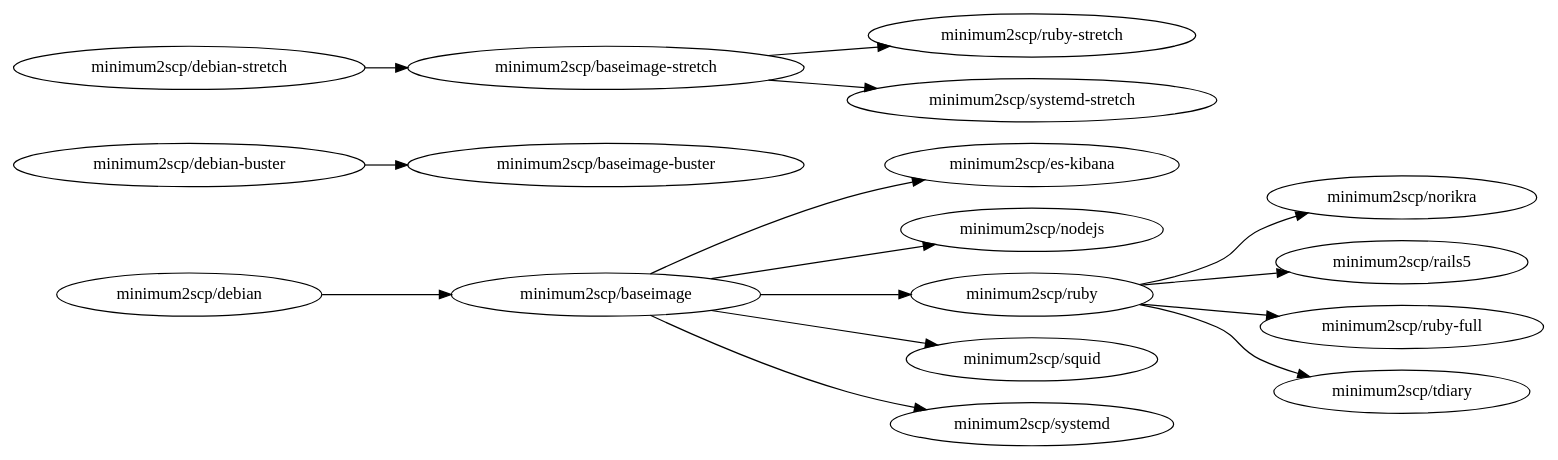
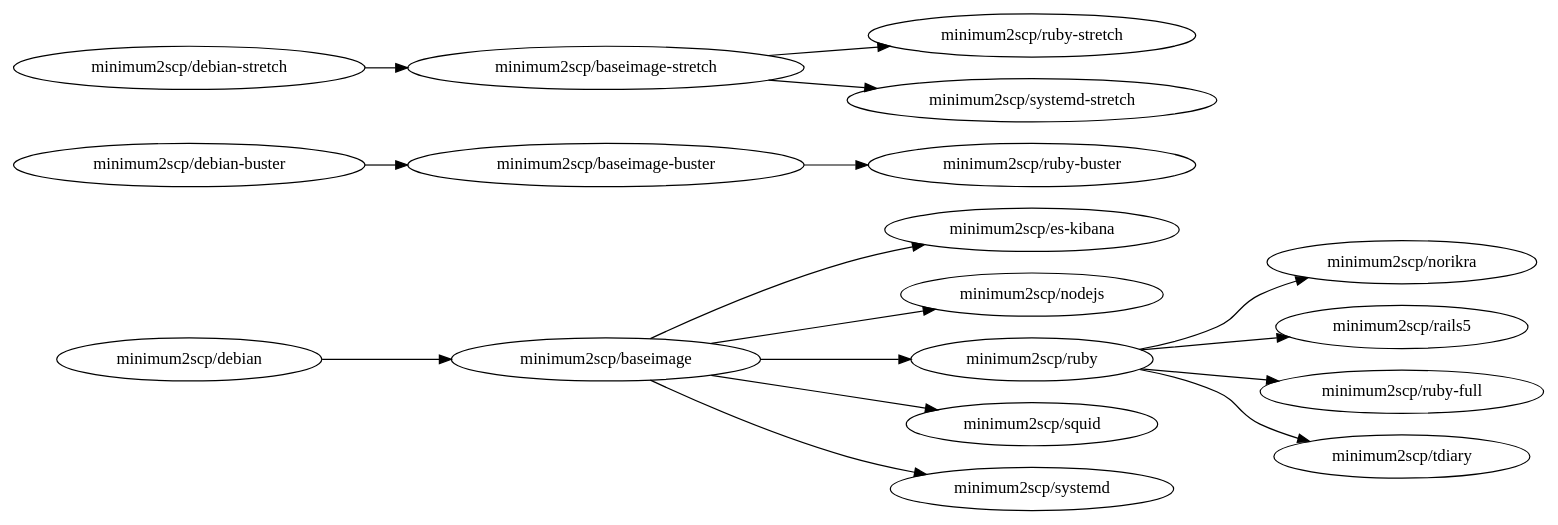
One commit to minimum2scp/dockerfiles changed the diagram in deps.dot. Above: the diagram before and after it, drawn with Graphviz. The commit also changed 7 other files, not shown here.

Commit message:
Added ruby-buster image

```diff
--- a/deps.dot
+++ b/deps.dot
@@ -1,33 +1,35 @@
 digraph deps {
   graph        [rankdir = "LR"];
   ratio = auto;
 
 
   baseimage         [label = "minimum2scp/baseimage"];
   baseimage_buster  [label = "minimum2scp/baseimage-buster "];
   baseimage_stretch [label = "minimum2scp/baseimage-stretch"];
   debian            [label = "minimum2scp/debian"];
   debian_buster     [label = "minimum2scp/debian-buster "];
   debian_stretch    [label = "minimum2scp/debian-stretch"];
   es_kibana         [label = "minimum2scp/es-kibana"];
   nodejs            [label = "minimum2scp/nodejs"];
   norikra           [label = "minimum2scp/norikra"];
   rails5            [label = "minimum2scp/rails5"];
   ruby              [label = "minimum2scp/ruby"];
+  ruby_buster       [label = "minimum2scp/ruby-buster "];
   ruby_full         [label = "minimum2scp/ruby-full"];
   ruby_stretch      [label = "minimum2scp/ruby-stretch"];
   squid             [label = "minimum2scp/squid"];
   systemd           [label = "minimum2scp/systemd"];
   systemd_stretch   [label = "minimum2scp/systemd-stretch"];
   tdiary            [label = "minimum2scp/tdiary"];
 
   debian    -> baseimage;
   baseimage -> {es_kibana, nodejs, ruby, squid, systemd};
   ruby      -> {norikra, rails5, ruby_full, tdiary};
 
   debian_buster -> baseimage_buster;
+  baseimage_buster -> ruby_buster;
 
   debian_stretch   -> baseimage_stretch;
   baseimage_stretch -> {systemd_stretch, ruby_stretch};
 
 }
```
